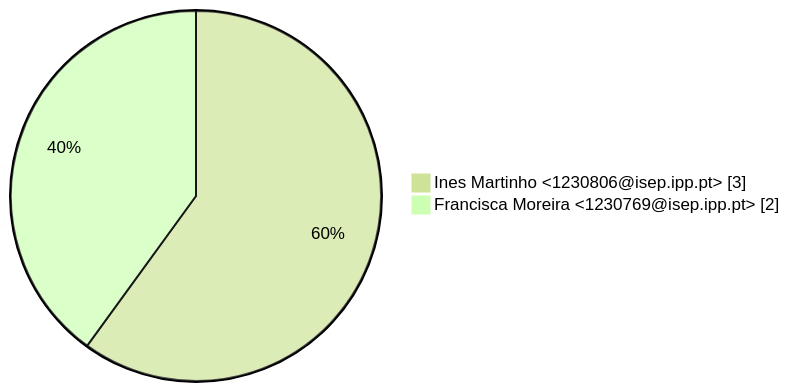
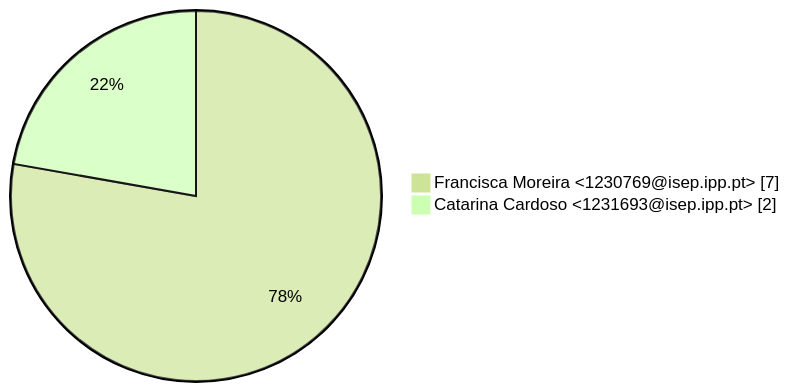
Before and after one commit to catarina65-isep/LSIS-Equipa-9: the first of 3 diagrams in GitAnalysis/Sprint_1/Contributions.md, drawn with Mermaid (forest theme). The commit also changed other lines of this file and 1 other file, not shown here.

````diff
--- a/GitAnalysis/Sprint_1/Contributions.md
+++ b/GitAnalysis/Sprint_1/Contributions.md
@@ -8,5 +8,5 @@
 ```mermaid
 pie showData
-    " Ines Martinho <1230806@isep.ipp.pt>" : 3
-    " Francisca Moreira <1230769@isep.ipp.pt>" : 2
+    " Francisca Moreira <1230769@isep.ipp.pt>" : 7
+    " Catarina Cardoso <1231693@isep.ipp.pt>" : 2
 ```
````
